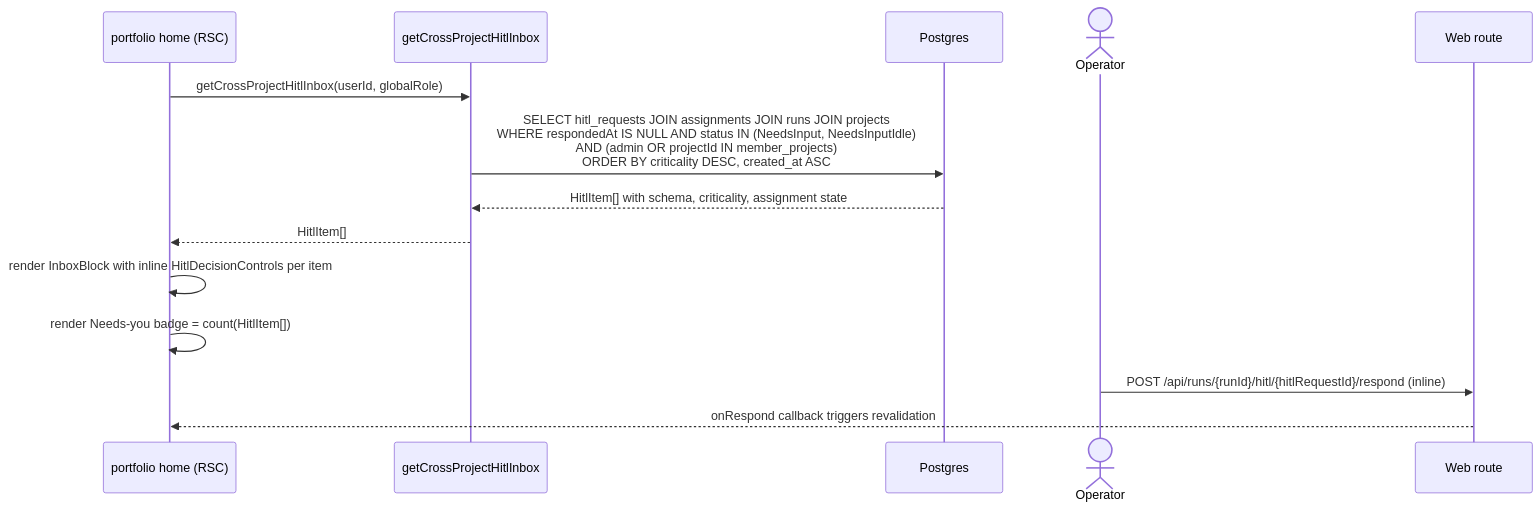
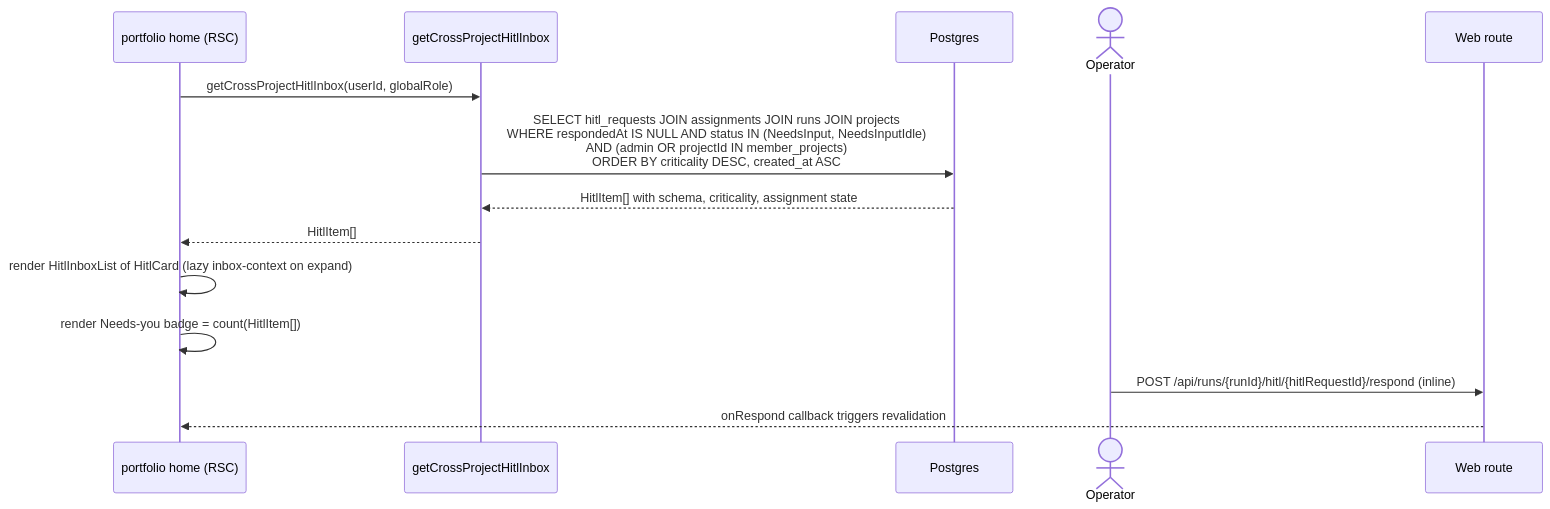
Before and after one commit to maister-dev/maister: the tenth of 13 diagrams in docs/system-analytics/hitl.md, drawn with Mermaid. The commit also changed other lines of this file and 10 other files, not shown here.

First line of the commit message:
fix(inbox): harden lazy card context from review findings

````diff
--- a/docs/system-analytics/hitl.md
+++ b/docs/system-analytics/hitl.md
@@ -471,17 +474,17 @@
 ```mermaid
 sequenceDiagram
     participant H as portfolio home (RSC)
     participant Q as getCrossProjectHitlInbox
     participant DB as Postgres
     actor U as Operator
     participant W as Web route
 
     H->>Q: getCrossProjectHitlInbox(userId, globalRole)
     Q->>DB: SELECT hitl_requests JOIN assignments JOIN runs JOIN projects<br/>WHERE respondedAt IS NULL AND status IN (NeedsInput, NeedsInputIdle)<br/>AND (admin OR projectId IN member_projects)<br/>ORDER BY criticality DESC, created_at ASC
     DB-->>Q: HitlItem[] with schema, criticality, assignment state
     Q-->>H: HitlItem[]
-    H->>H: render InboxBlock with inline HitlDecisionControls per item
+    H->>H: render HitlInboxList of HitlCard (lazy inbox-context on expand)
     H->>H: render Needs-you badge = count(HitlItem[])
     U->>W: POST /api/runs/{runId}/hitl/{hitlRequestId}/respond (inline)
     W-->>H: onRespond callback triggers revalidation
 ```
````
